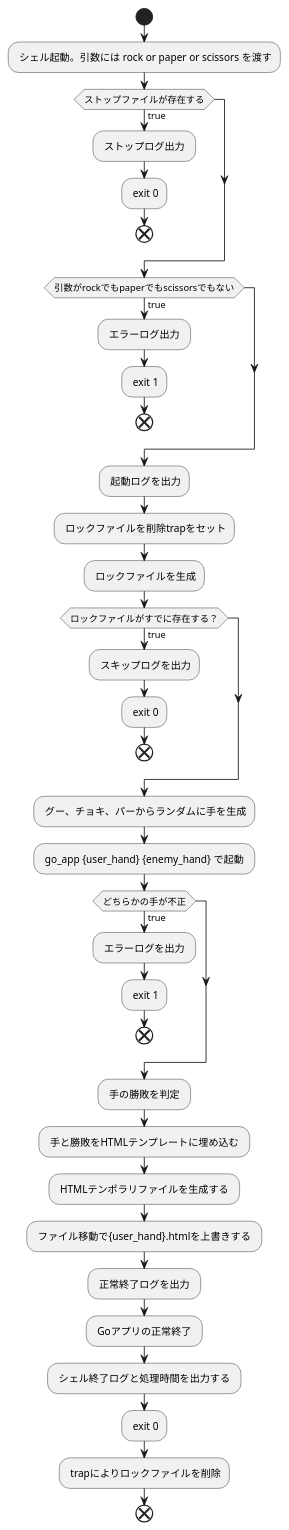
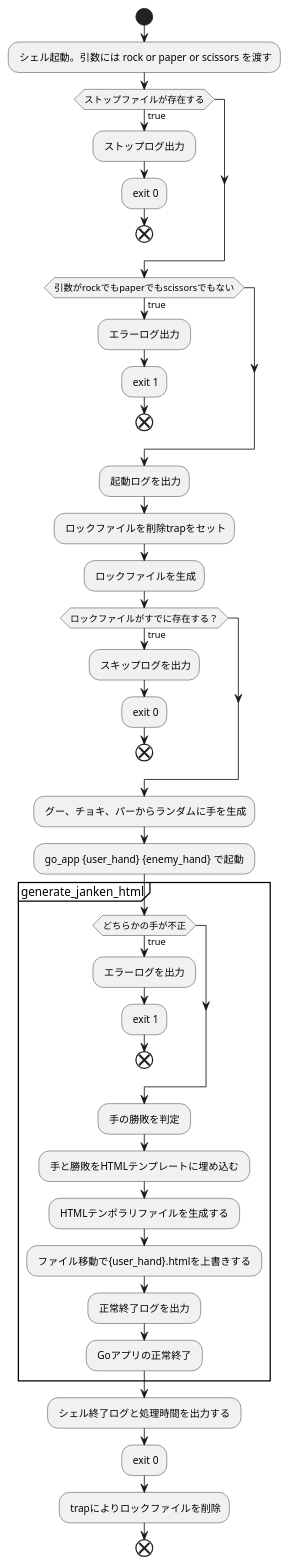
Before and after one commit to jiro4989/janken: the diagram in doc/img/application.puml, drawn with PlantUML. The commit also changed 1 other file, not shown here.

Commit message:
[update]アクティビティ図にGoアプリの領域を明記

```diff
--- a/doc/img/application.puml
+++ b/doc/img/application.puml
@@ -1,47 +1,49 @@
 @startuml
 
 skinparam {
   defaultFontName Noto Sans CJK JP Regular
 }
 
 start
 
 : シェル起動。引数には rock or paper or scissors を渡す;
 if (ストップファイルが存在する) then (true)
   : ストップログ出力 ;
   : exit 0;
   end
 endif
 if (引数がrockでもpaperでもscissorsでもない) then (true)
   : エラーログ出力 ;
   : exit 1;
   end
 endif
 : 起動ログを出力;
 : ロックファイルを削除trapをセット;
 : ロックファイルを生成;
 if (ロックファイルがすでに存在する？) then (true)
   : スキップログを出力;
   : exit 0;
   end
 endif
 : グー、チョキ、パーからランダムに手を生成;
 : go_app {user_hand} {enemy_hand} で起動 ;
-if (どちらかの手が不正) then (true)
-  : エラーログを出力 ;
-  : exit 1;
-  end
-endif
-: 手の勝敗を判定 ;
-: 手と勝敗をHTMLテンプレートに埋め込む ;
-: HTMLテンポラリファイルを生成する ;
-: ファイル移動で{user_hand}.htmlを上書きする ;
-: 正常終了ログを出力 ;
-: Goアプリの正常終了 ;
+partition "generate_janken_html" {
+  if (どちらかの手が不正) then (true)
+    : エラーログを出力 ;
+    : exit 1;
+    end
+  endif
+  : 手の勝敗を判定 ;
+  : 手と勝敗をHTMLテンプレートに埋め込む ;
+  : HTMLテンポラリファイルを生成する ;
+  : ファイル移動で{user_hand}.htmlを上書きする ;
+  : 正常終了ログを出力 ;
+  : Goアプリの正常終了 ;
+}
 : シェル終了ログと処理時間を出力する ;
 : exit 0;
 : trapによりロックファイルを削除;
 
 end
 
 @enduml
```
